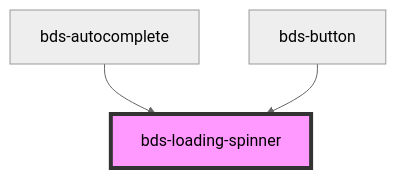
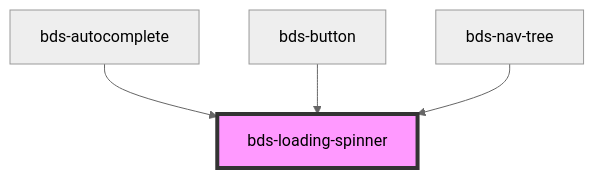
One commit to takenet/blip-ds changed the diagram in src/components/loading-spinner/readme.md. Above: the diagram before and after it, drawn with Mermaid (neutral theme). The commit also changed other lines of this file and 3 other files, not shown here.

````diff
--- a/src/components/loading-spinner/readme.md
+++ b/src/components/loading-spinner/readme.md
@@ -26,6 +27,7 @@
 ```mermaid
 graph TD;
   bds-autocomplete --> bds-loading-spinner
   bds-button --> bds-loading-spinner
+  bds-nav-tree --> bds-loading-spinner
   style bds-loading-spinner fill:#f9f,stroke:#333,stroke-width:4px
 ```
````
